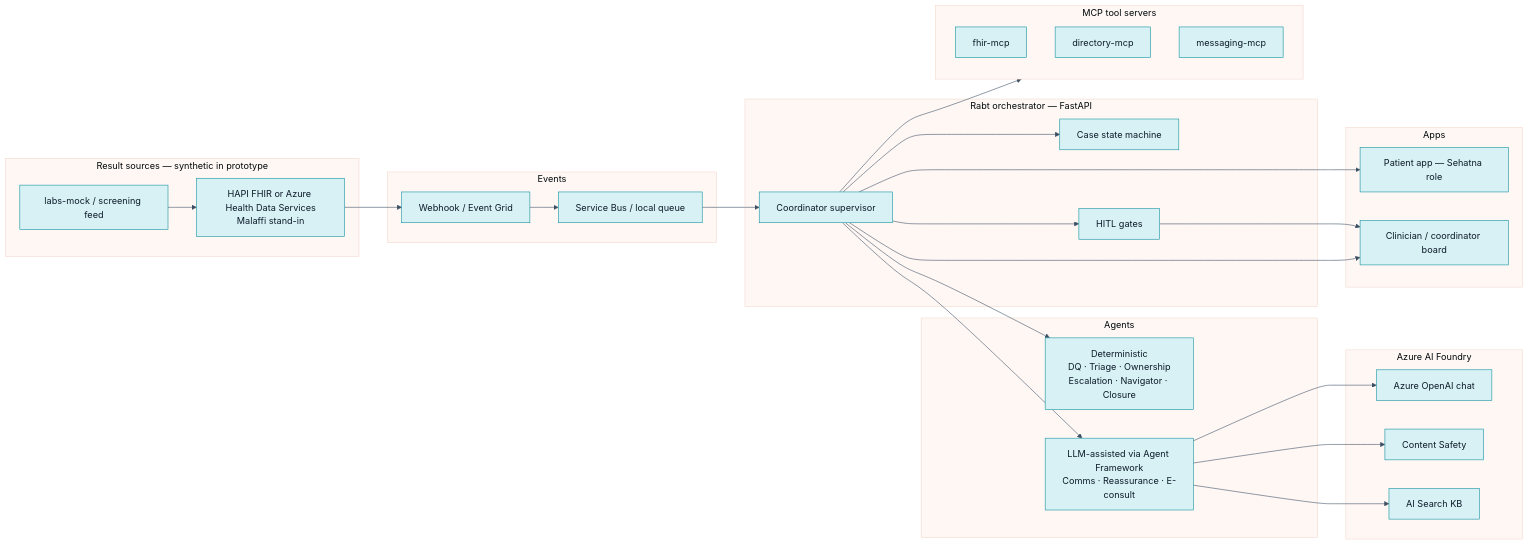
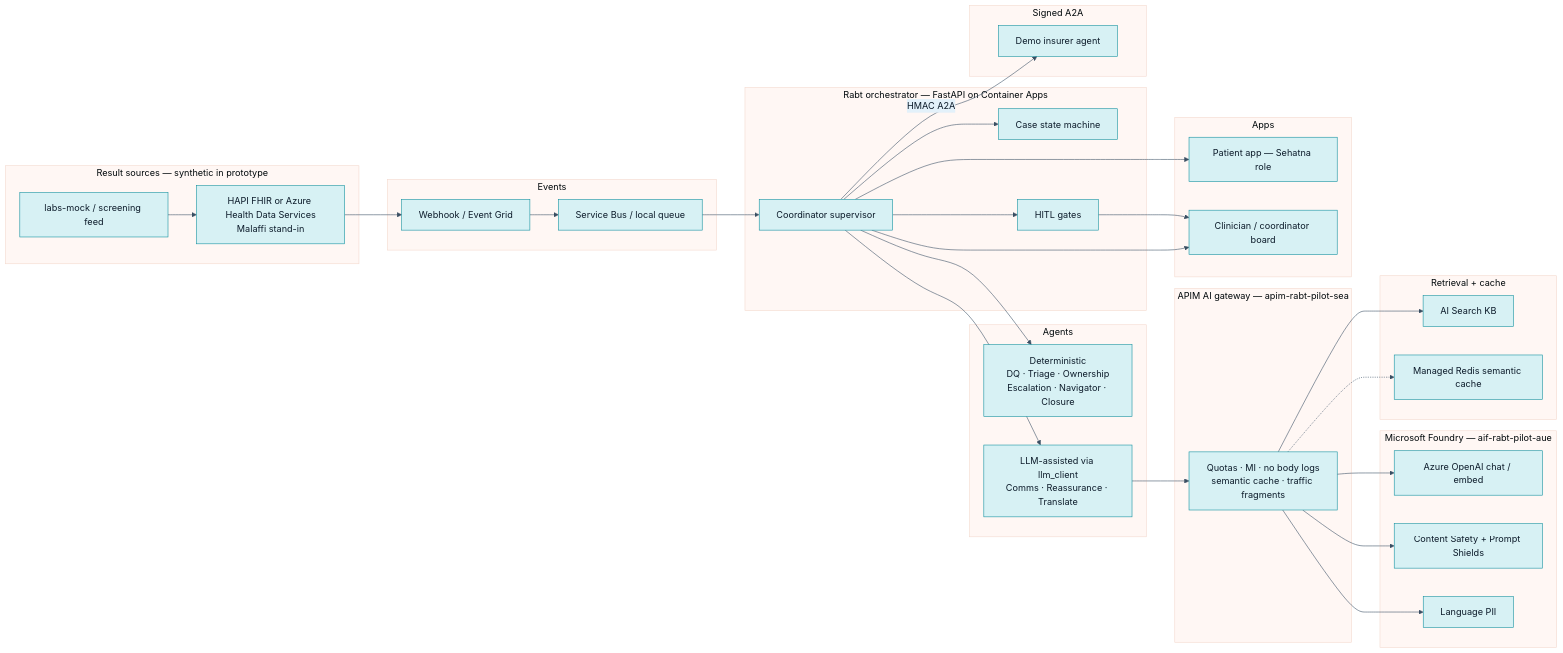
The diagram in docs/assets/architecture-target.mmd (suhail39ahmed/rabt-care-loop), drawn with Mermaid before and after one commit. The commit also changed 13 other files, not shown here.

First line of the commit message:
docs: refresh pilot URLs, architecture diagrams, and Azure AI docs (#167)

```diff
--- a/docs/assets/architecture-target.mmd
+++ b/docs/assets/architecture-target.mmd
@@ -1,53 +1,63 @@
 %%{init: {'theme': 'base', 'themeVariables': { 'primaryColor': '#d7f1f4', 'primaryTextColor': '#0c1b2a', 'primaryBorderColor': '#0e8f9e', 'lineColor': '#3a4f63', 'secondaryColor': '#e3f1fa', 'tertiaryColor': '#fff7f4', 'fontFamily': 'Segoe UI, Arial'}}}%%
 flowchart LR
   subgraph SRC["Result sources — synthetic in prototype"]
     LAB["labs-mock / screening feed"]
     HIE["HAPI FHIR or Azure Health Data Services<br/>Malaffi stand-in"]
   end
 
   subgraph BUS["Events"]
     WH["Webhook / Event Grid"]
     SB["Service Bus / local queue"]
   end
 
-  subgraph ORCH["Rabt orchestrator — FastAPI"]
+  subgraph ORCH["Rabt orchestrator — FastAPI on Container Apps"]
     SM["Case state machine"]
     CO["Coordinator supervisor"]
     HITL["HITL gates"]
   end
 
   subgraph AG["Agents"]
     DET["Deterministic<br/>DQ · Triage · Ownership<br/>Escalation · Navigator · Closure"]
-    LLM["LLM-assisted via Agent Framework<br/>Comms · Reassurance · E-consult"]
+    LLM["LLM-assisted via llm_client<br/>Comms · Reassurance · Translate"]
   end
 
-  subgraph FOUNDRY["Azure AI Foundry"]
-    AOAI["Azure OpenAI chat"]
-    CS["Content Safety"]
-    AIS["AI Search KB"]
+  subgraph GATE["APIM AI gateway — apim-rabt-pilot-sea"]
+    APIM["Quotas · MI · no body logs<br/>semantic cache · traffic fragments"]
   end
 
-  subgraph MCP["MCP tool servers"]
-    MF["fhir-mcp"]
-    MD["directory-mcp"]
-    MM["messaging-mcp"]
+  subgraph FOUNDRY["Microsoft Foundry — aif-rabt-pilot-aue"]
+    AOAI["Azure OpenAI chat / embed"]
+    CS["Content Safety + Prompt Shields"]
+    LANG["Language PII"]
+  end
+
+  subgraph DATA["Retrieval + cache"]
+    AIS["AI Search KB"]
+    REDIS["Managed Redis semantic cache"]
+  end
+
+  subgraph A2A["Signed A2A"]
+    INS["Demo insurer agent"]
   end
 
   subgraph UI["Apps"]
     PAT["Patient app — Sehatna role"]
     BRD["Clinician / coordinator board"]
   end
 
   LAB --> HIE
   HIE --> WH --> SB --> CO
   CO --> SM
   CO --> DET
   CO --> LLM
-  LLM --> AOAI
-  LLM --> CS
-  LLM --> AIS
-  CO --> MCP
+  LLM --> APIM
+  APIM --> AOAI
+  APIM --> CS
+  APIM --> LANG
+  APIM --> AIS
+  APIM -.-> REDIS
   CO --> HITL
+  CO -->|HMAC A2A| INS
   HITL --> BRD
   CO --> PAT
   CO --> BRD
```
